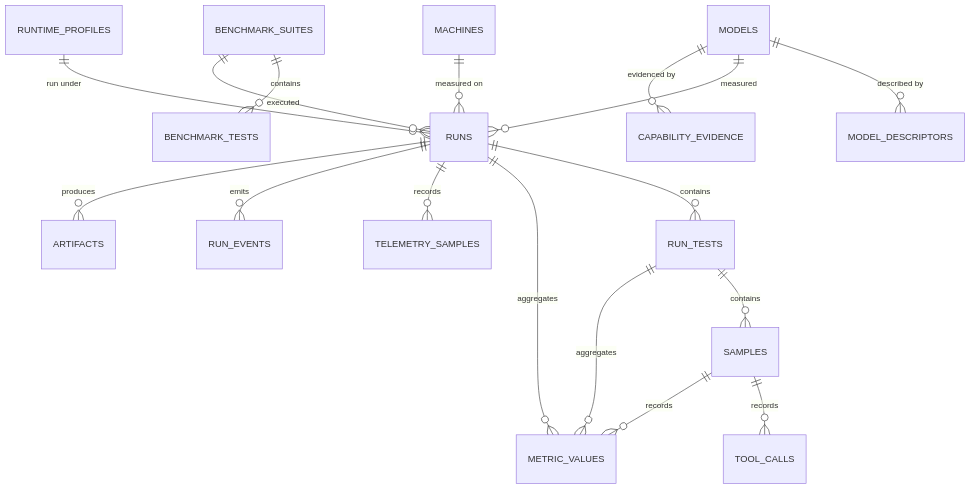
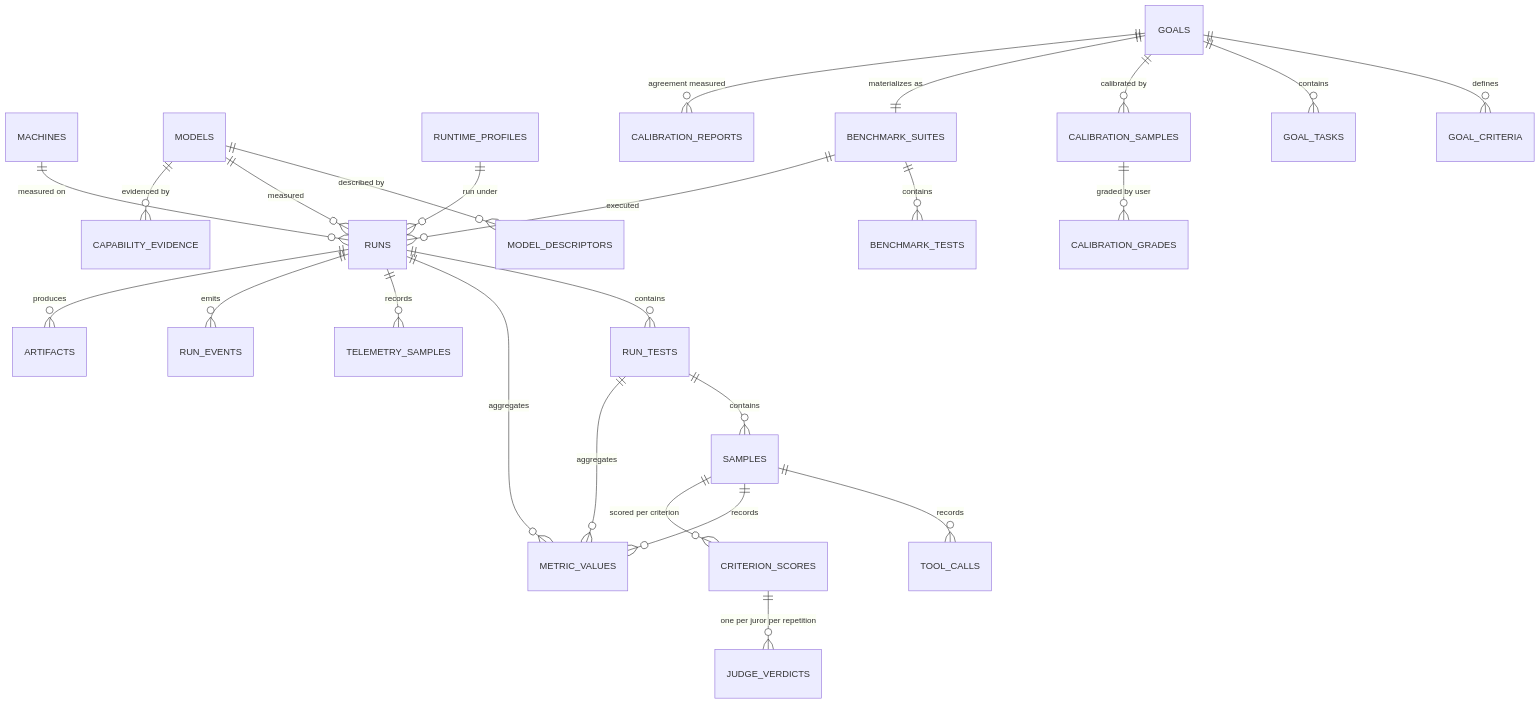
Before and after one commit to JPKell/OpenWeight-Gym: the first of 2 diagrams in apps/freeweight/data-model.md, drawn with Mermaid. The commit also changed other lines of this file and 27 other files, not shown here.

````diff
--- a/apps/freeweight/data-model.md
+++ b/apps/freeweight/data-model.md
@@ -14,19 +14,27 @@
 ```mermaid
 erDiagram
     MACHINES        ||--o{ RUNS : "measured on"
     MODELS          ||--o{ MODEL_DESCRIPTORS : "described by"
     MODELS          ||--o{ RUNS : "measured"
     RUNTIME_PROFILES||--o{ RUNS : "run under"
     BENCHMARK_SUITES||--o{ BENCHMARK_TESTS : contains
     BENCHMARK_SUITES||--o{ RUNS : "executed"
     RUNS            ||--o{ RUN_TESTS : contains
     RUN_TESTS       ||--o{ SAMPLES : contains
     SAMPLES         ||--o{ TOOL_CALLS : records
     RUNS            ||--o{ METRIC_VALUES : aggregates
     RUN_TESTS       ||--o{ METRIC_VALUES : aggregates
     SAMPLES         ||--o{ METRIC_VALUES : records
     RUNS            ||--o{ TELEMETRY_SAMPLES : records
     RUNS            ||--o{ RUN_EVENTS : emits
     RUNS            ||--o{ ARTIFACTS : produces
     MODELS          ||--o{ CAPABILITY_EVIDENCE : "evidenced by"
+    GOALS           ||--o{ GOAL_CRITERIA : defines
+    GOALS           ||--o{ GOAL_TASKS : contains
+    GOALS           ||--o{ CALIBRATION_SAMPLES : "calibrated by"
+    GOALS           ||--|| BENCHMARK_SUITES : "materializes as"
+    CALIBRATION_SAMPLES ||--o{ CALIBRATION_GRADES : "graded by user"
+    GOALS           ||--o{ CALIBRATION_REPORTS : "agreement measured"
+    SAMPLES         ||--o{ CRITERION_SCORES : "scored per criterion"
+    CRITERION_SCORES||--o{ JUDGE_VERDICTS : "one per juror per repetition"
 ```
````
